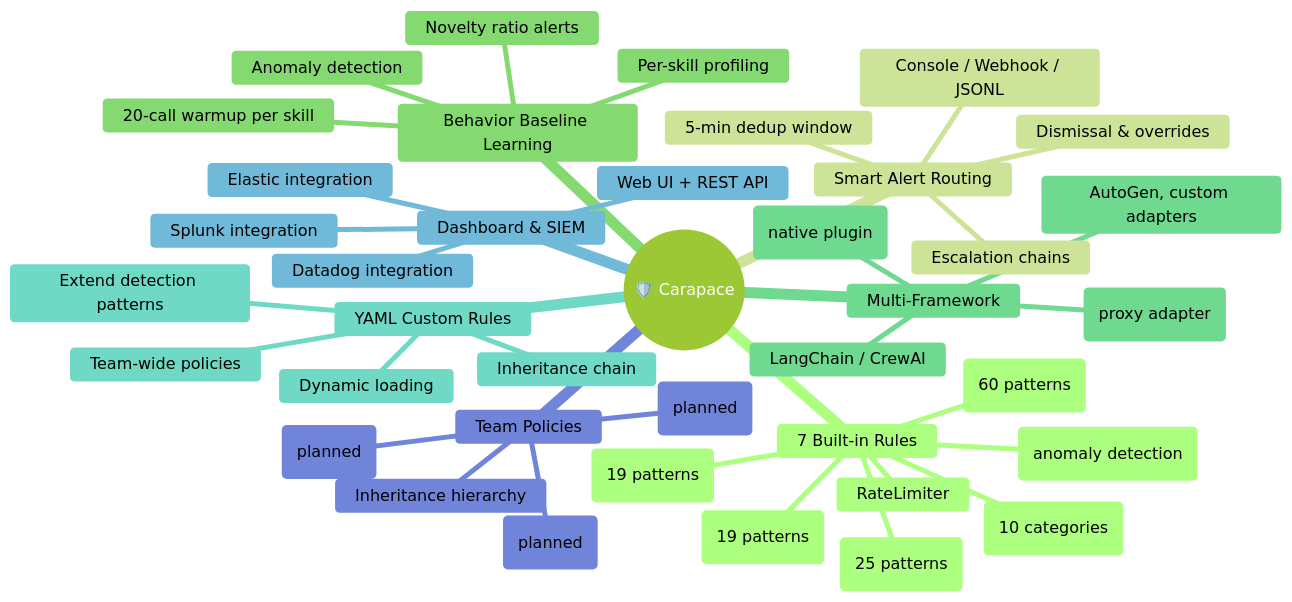
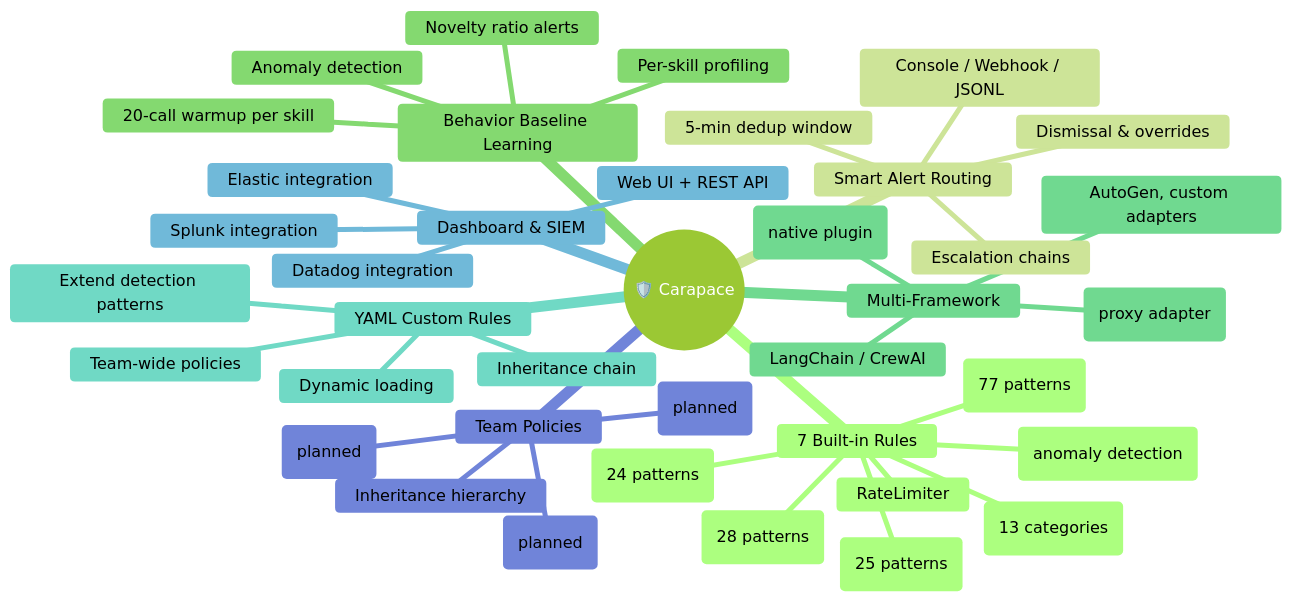
The first of 4 diagrams in README.md (yeasy/carapace), drawn with Mermaid (forest theme) before and after one commit. The commit also changed other lines of this file and 8 other files, not shown here.

````diff
--- a/README.md
+++ b/README.md
@@ -69,42 +70,42 @@
 ```mermaid
 mindmap
   root((🛡️ Carapace))
     7 Built-in Rules
-      ExecGuard (60 patterns)
-      PathGuard (19 patterns)
-      NetworkGuard (10 categories)
+      ExecGuard (77 patterns)
+      PathGuard (28 patterns)
+      NetworkGuard (13 categories)
       RateLimiter
       PromptInjection (25 patterns)
-      DataExfil (19 patterns)
+      DataExfil (24 patterns)
       BaselineDrift (anomaly detection)
     Smart Alert Routing
       5-min dedup window
       Escalation chains
       Dismissal & overrides
       Console / Webhook / JSONL
     Behavior Baseline Learning
       20-call warmup per skill
       Per-skill profiling
       Anomaly detection
       Novelty ratio alerts
     Multi-Framework
       OpenClaw (native plugin)
       MCP (proxy adapter)
       LangChain / CrewAI
       AutoGen, custom adapters
     YAML Custom Rules
       Extend detection patterns
       Team-wide policies
       Inheritance chain
       Dynamic loading
     Dashboard & SIEM
       Web UI + REST API
       Splunk integration
       Elastic integration
       Datadog integration
     Team Policies
       Inheritance hierarchy
       Role-based access (planned)
       Policy versioning (planned)
       Audit logging (planned)
 ```
````
